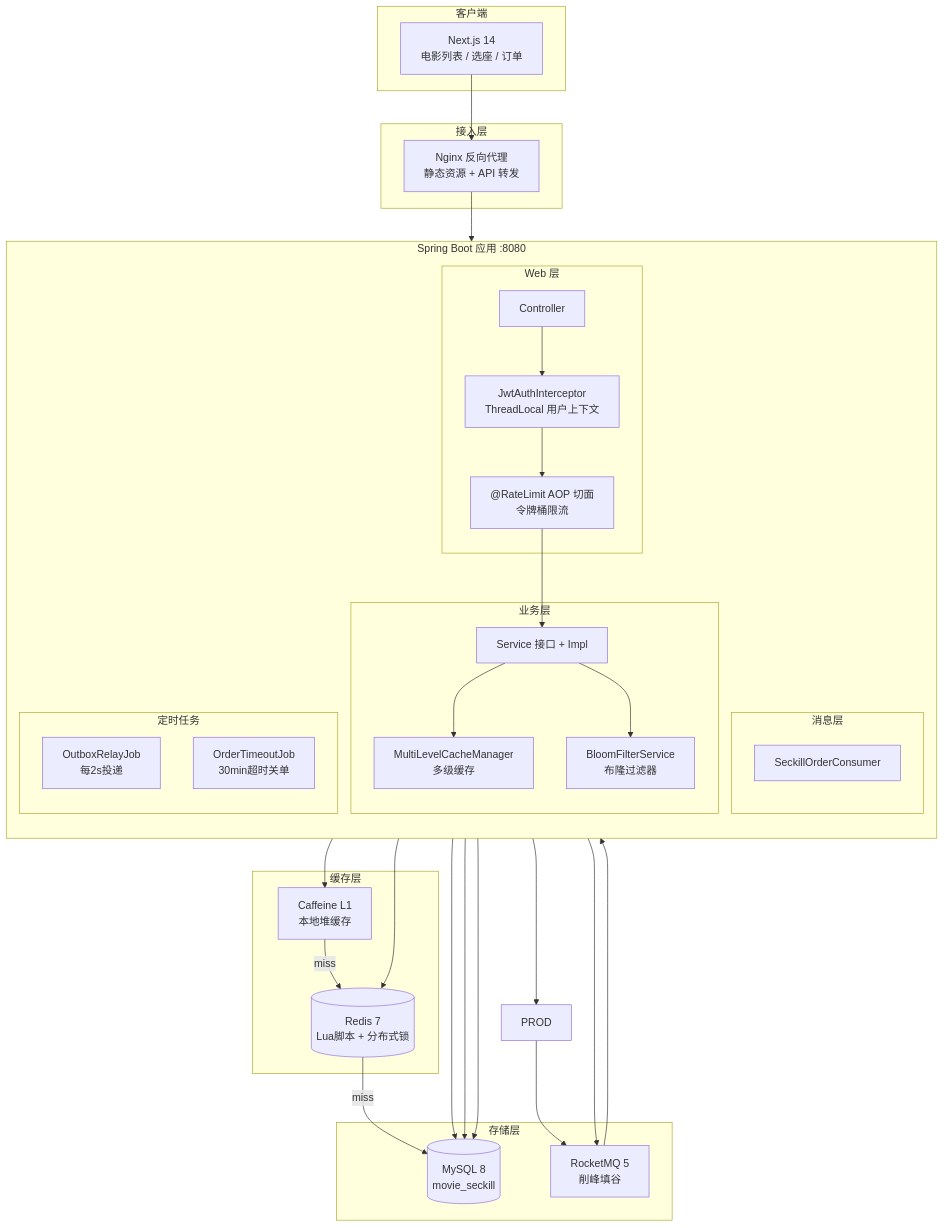
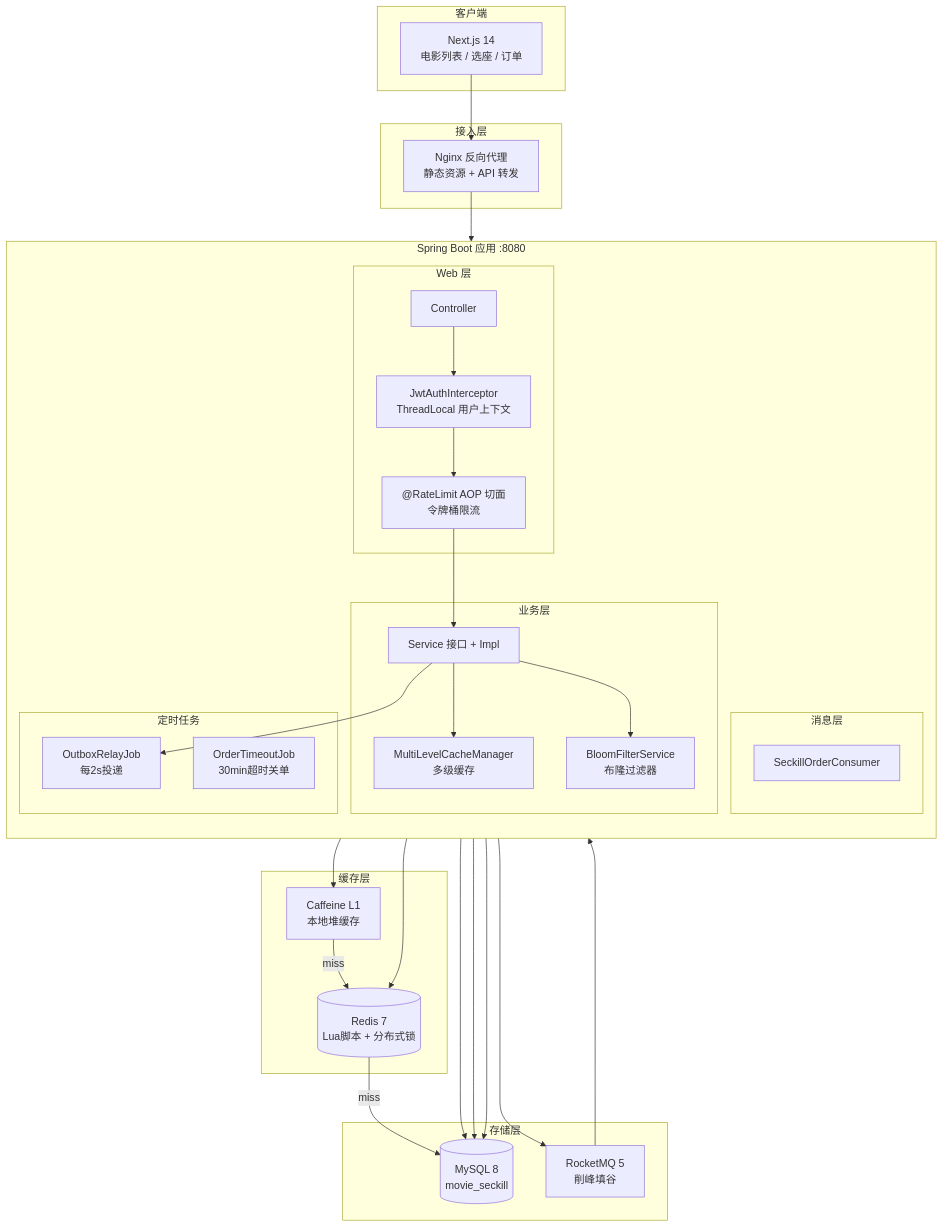
The first of 12 diagrams in docs/架构设计.md (wangn-tech/movie-seckill), drawn with Mermaid before and after one commit. The commit also changed other lines of this file and 5 other files, not shown here.

Commit message:
docs: synchronize interview architecture and consistency notes

````diff
--- a/docs/架构设计.md
+++ b/docs/架构设计.md
@@ -9,57 +9,56 @@
 ```mermaid
 graph TB
     subgraph Client["客户端"]
         FE["Next.js 14<br/>电影列表 / 选座 / 订单"]
     end
 
     subgraph Gateway["接入层"]
         NGINX["Nginx 反向代理<br/>静态资源 + API 转发"]
     end
 
     subgraph App["Spring Boot 应用 :8080"]
         direction TB
         subgraph Web["Web 层"]
             CTRL["Controller"]
             JWT["JwtAuthInterceptor<br/>ThreadLocal 用户上下文"]
             AOP["@RateLimit AOP 切面<br/>令牌桶限流"]
         end
         subgraph Service["业务层"]
             SVC["Service 接口 + Impl"]
             CACHE["MultiLevelCacheManager<br/>多级缓存"]
             BLOOM["BloomFilterService<br/>布隆过滤器"]
         end
         subgraph MQ["消息层"]
             CONS["SeckillOrderConsumer"]
         end
         subgraph Job["定时任务"]
             OUTBOX["OutboxRelayJob<br/>每2s投递"]
             TIMEOUT["OrderTimeoutJob<br/>30min超时关单"]
         end
     end
 
     subgraph Cache["缓存层"]
         L1["Caffeine L1<br/>本地堆缓存"]
         L2[("Redis 7<br/>Lua脚本 + 分布式锁")]
     end
 
     subgraph Store["存储层"]
         DB[("MySQL 8<br/>movie_seckill")]
         RMQ["RocketMQ 5<br/>削峰填谷"]
     end
 
     FE --> NGINX --> CTRL
     CTRL --> JWT --> AOP --> SVC
     SVC --> CACHE
     CACHE --> L1
     L1 -->|miss| L2
     L2 -->|miss| DB
     SVC --> BLOOM
-    SVC --> PROD
-    PROD --> RMQ
+    SVC --> OUTBOX
+    OUTBOX --> RMQ
     RMQ --> CONS
     CONS --> DB
     OUTBOX --> DB
-    OUTBOX --> RMQ
     TIMEOUT --> DB
     TIMEOUT --> L2
 ```
````
